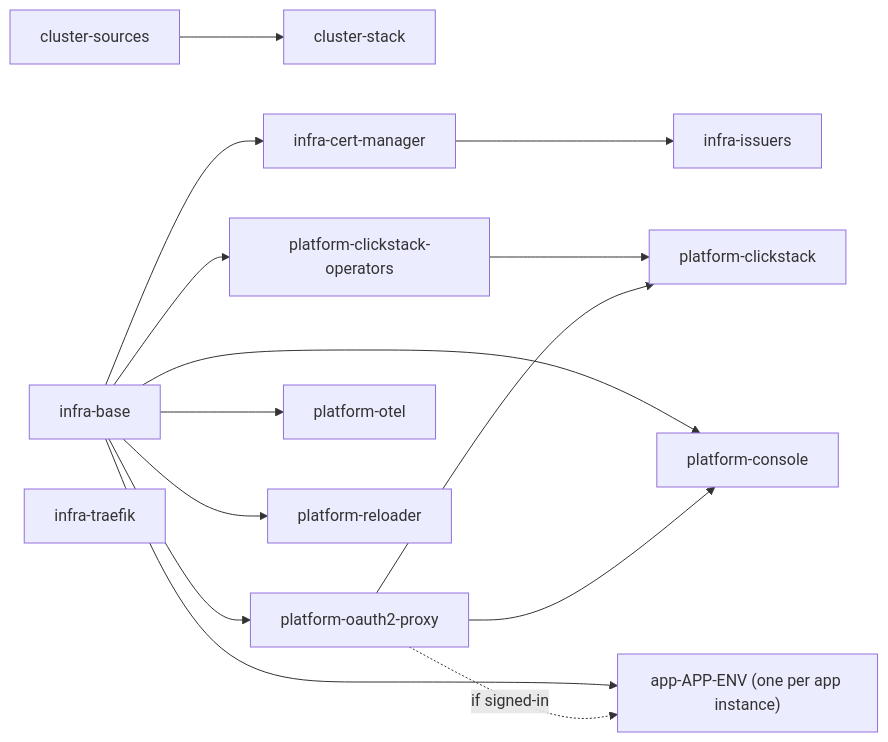
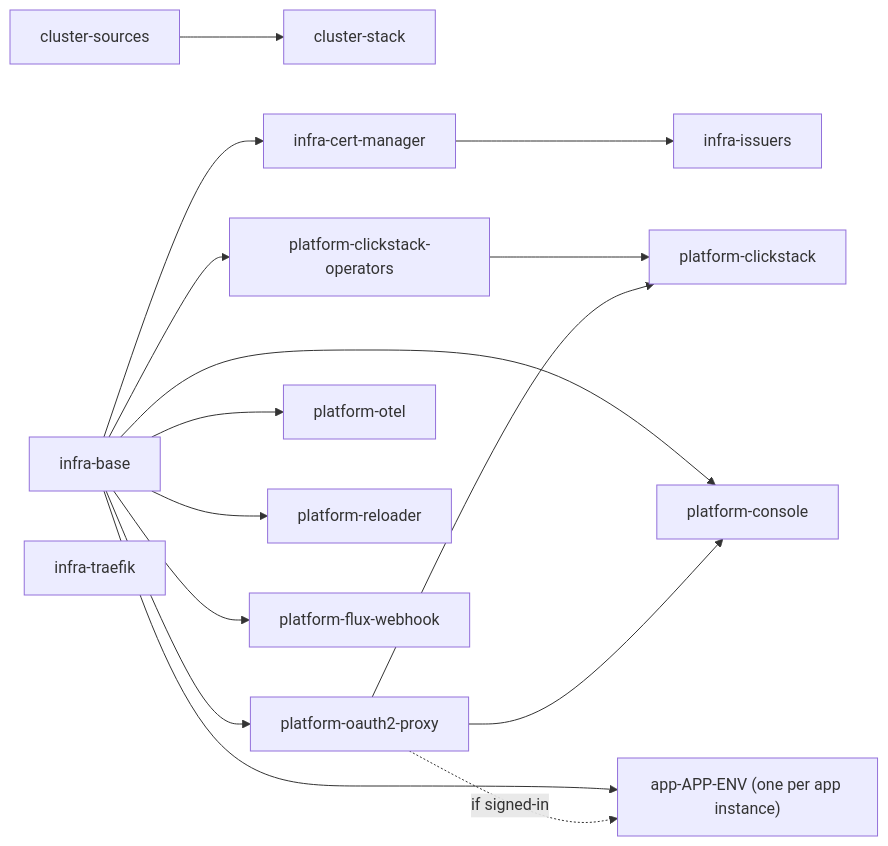
Before and after one commit to samclement/swhurl-platform: the first of 4 diagrams in docs/architecture.md, drawn with Mermaid. The commit also changed other lines of this file and 9 other files, not shown here.

First line of the commit message:
feat: platform-flux-webhook, a GitHub push receiver so Flux fetches at once

````diff
--- a/docs/architecture.md
+++ b/docs/architecture.md
@@ -32,15 +32,16 @@
 ```mermaid
 flowchart LR
   sources[cluster-sources] --> stack[cluster-stack]
   base[infra-base] --> cm[infra-cert-manager] --> issuers[infra-issuers]
   base --> auth[platform-oauth2-proxy]
   base --> ops[platform-clickstack-operators] --> clickstack[platform-clickstack]
   auth --> clickstack
   base --> otel[platform-otel]
   base --> reloader[platform-reloader]
+  base --> webhook[platform-flux-webhook]
   base --> console[platform-console]
   auth --> console
   traefik[infra-traefik]
   base --> app["app-APP-ENV (one per app instance)"]
   auth -. if signed-in .-> app
 ```
````
